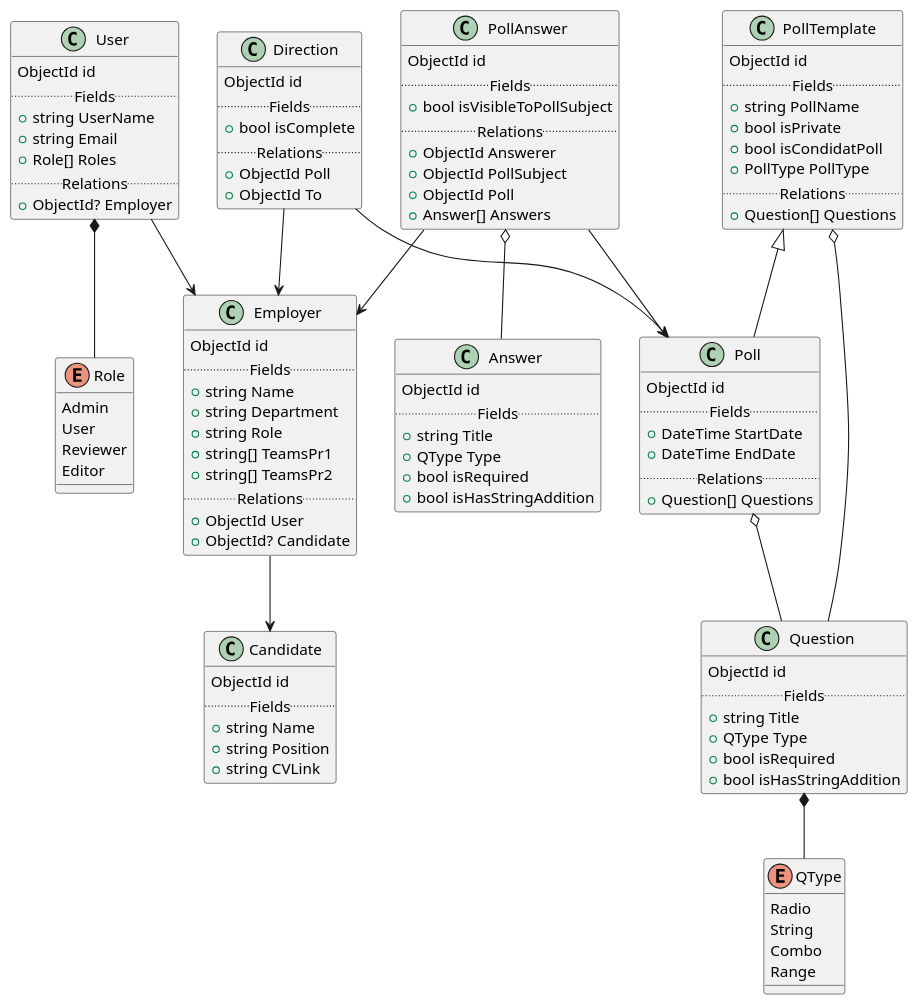
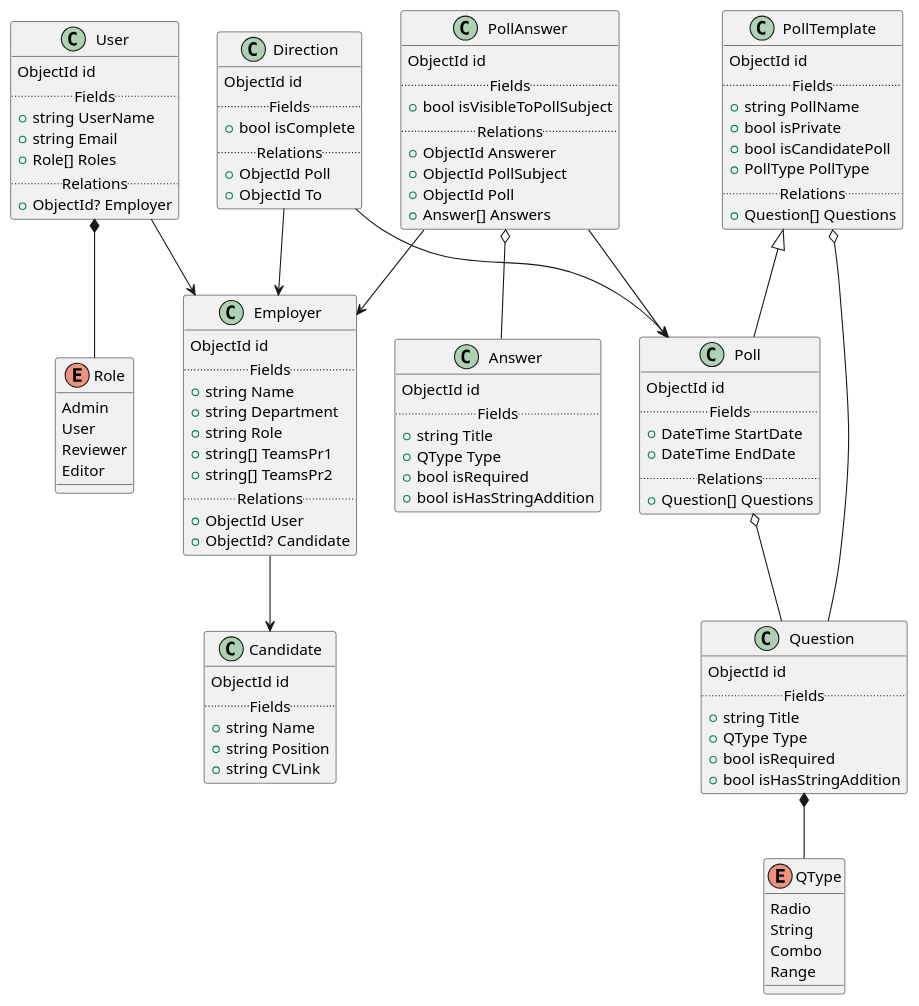
One commit to kroniak/feedback-service changed the diagram in docs/diagrams/models.wsd. Above: the diagram before and after it, drawn with PlantUML. The commit also changed 21 other files, not shown here.

```diff
--- a/docs/diagrams/models.wsd
+++ b/docs/diagrams/models.wsd
@@ -1,118 +1,118 @@
 @startuml models
 
 class User {
   ObjectId id
   .. Fields ..
   +string UserName
   +string Email
   +Role[] Roles
   .. Relations ..
   +ObjectId? Employer
 }
 User *-- Role
 User --> Employer
 
 class Employer {
   ObjectId id
   .. Fields ..
   +string Name
   +string Department
   +string Role
   +string[] TeamsPr1
   +string[] TeamsPr2
   .. Relations ..
   +ObjectId User
   +ObjectId? Candidate
 }
 Employer --> Candidate
 
 class Candidate {
   ObjectId id
   .. Fields ..
   +string Name
   +string Position
   +string CVLink
 }
 
 class PollTemplate {
   ObjectId id
   .. Fields ..
   +string PollName
   +bool isPrivate
-  +bool isCondidatPoll
+  +bool isCandidatePoll
   +PollType PollType
   .. Relations ..
   +Question[] Questions
 }
 PollTemplate o-- Question
 
 class Poll {
   ObjectId id
   .. Fields ..
   +DateTime StartDate
   +DateTime EndDate
   .. Relations ..
   +Question[] Questions
 }
 Poll o-- Question
 PollTemplate <|-- Poll
 
 class Question {
   ObjectId id
   .. Fields ..
   +string Title
   +QType Type
   +bool isRequired
   +bool isHasStringAddition
 }
 Question *-- QType
 
 class PollAnswer {
   ObjectId id
   .. Fields ..
   +bool isVisibleToPollSubject
   .. Relations ..
   +ObjectId Answerer
   +ObjectId PollSubject
   +ObjectId Poll
   +Answer[] Answers
 }
 PollAnswer o-- Answer
 PollAnswer --> Employer
 PollAnswer --> Poll
 
 class Answer {
   ObjectId id
   .. Fields ..
   +string Title
   +QType Type
   +bool isRequired
   +bool isHasStringAddition
 }
 
 class Direction {
   ObjectId id
   .. Fields ..
   +bool isComplete
   .. Relations ..
   +ObjectId Poll
   +ObjectId To
 }
 Direction --> Employer
 Direction --> Poll
 
 enum QType {
   Radio
   String
   Combo
   Range
 }
 
 enum Role {
   Admin
   User
   Reviewer
   Editor
 }
 
 @enduml
```
